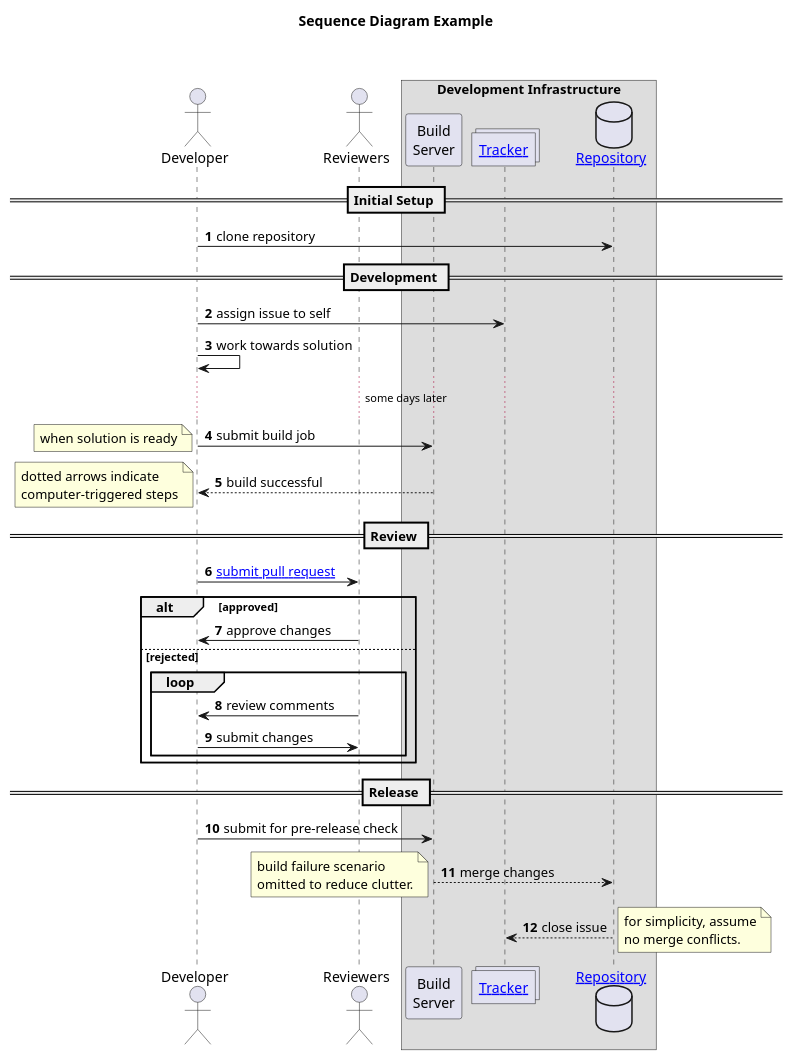
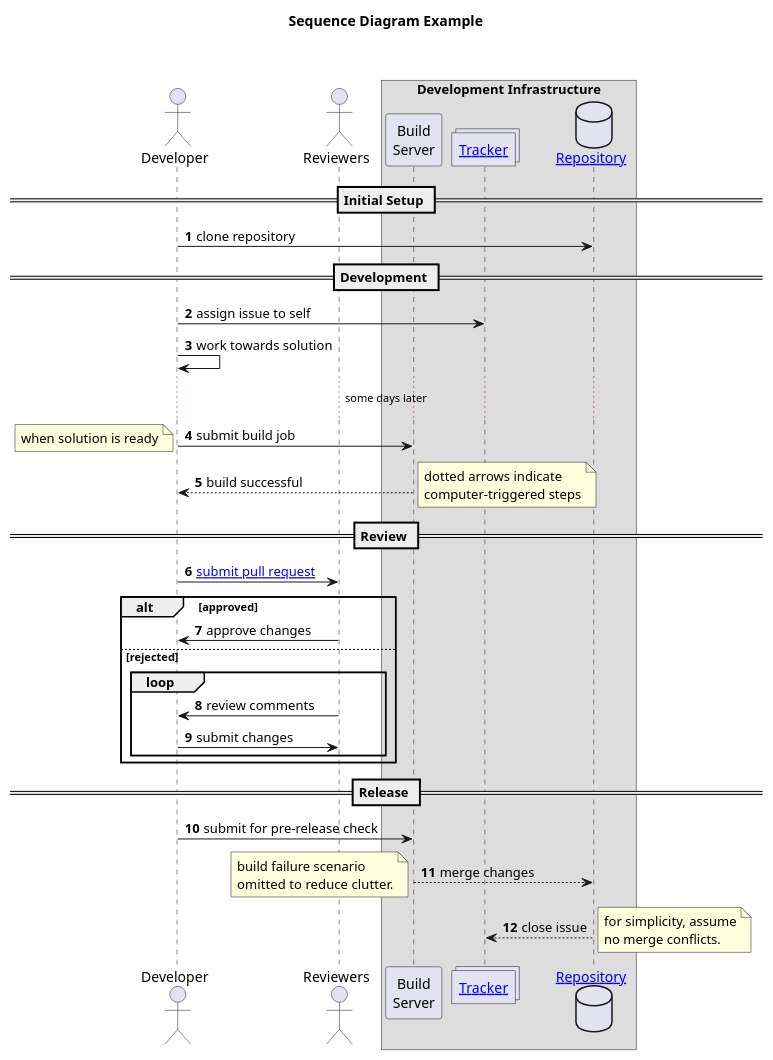
The second of 12 diagrams in plantuml_demo.md (dragondive/plantuml_demo), drawn with PlantUML before and after one commit. The commit also changed other lines of this file, not shown here.

Commit message:
sequence diagram fix

````diff
--- a/plantuml_demo.md
+++ b/plantuml_demo.md
@@ -82,45 +83,49 @@
 ```plantuml
 @startuml
 title **Sequence Diagram Example**\n\n
 
 actor Developer as Dev
 actor Reviewers
 
 box Development Infrastructure
-  participant "Build\nServer" as Build
-  collections "[[https://github.com/dragondive/hebi/issues Tracker]]" as Tracker
-  database "[[https://github.com/dragondive/hebi Repository]]" as Repository
+    participant "Build\nServer" as Build
+    collections "[[https://github.com/dragondive/hebi/issues Tracker]]" as Tracker
+    database "[[https://github.com/dragondive/hebi Repository]]" as Repository
 end box
 
 autonumber
 == Initial Setup ==
 Dev -> Repository : clone repository
 
 == Development ==
 Dev -> Tracker : assign issue to self
 Dev -> Dev : work towards solution
 
 ... some days later ...
+
 Dev -> Build : submit build job
 note left: when solution is ready
+
 Build --> Dev : build successful
-note left: dotted arrows indicate\ncomputer-triggered steps
+note right: dotted arrows indicate\ncomputer-triggered steps
 
 == Review ==
 Dev ->  Reviewers : [[https://github.com/dragondive/hebi/compare submit pull request]]
 alt approved
-  Reviewers -> Dev : approve changes
+    Reviewers -> Dev : approve changes
 else rejected
-  loop
-    Dev <- Reviewers : review comments
-    Dev -> Reviewers : submit changes
-  end loop
+    loop
+        Dev <- Reviewers : review comments
+        Dev -> Reviewers : submit changes
+    end loop
 end alt
+
 == Release ==
 Dev -> Build : submit for pre-release check
 Build --> Repository : merge changes
 note left: build failure scenario\nomitted to reduce clutter.
+
 Repository --> Tracker : close issue
 note right: for simplicity, assume\nno merge conflicts.
 @enduml
 ```
````
